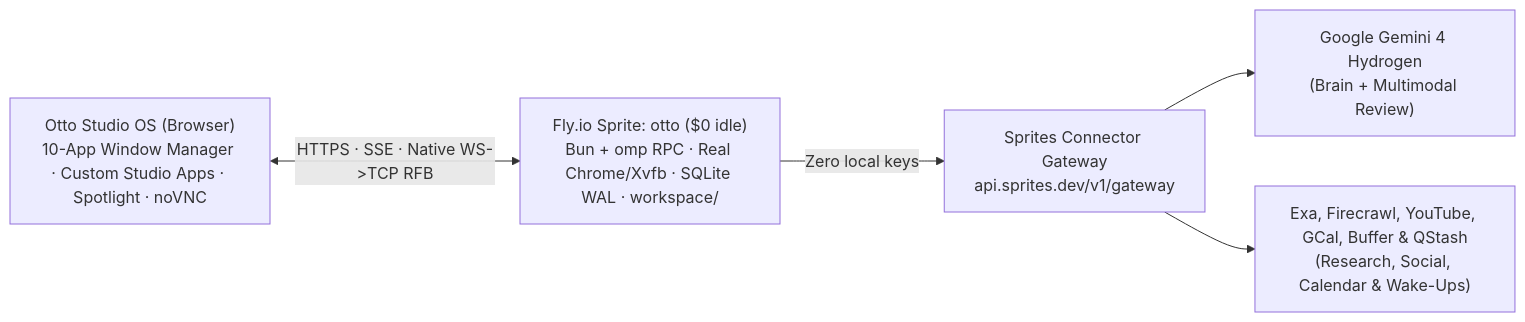
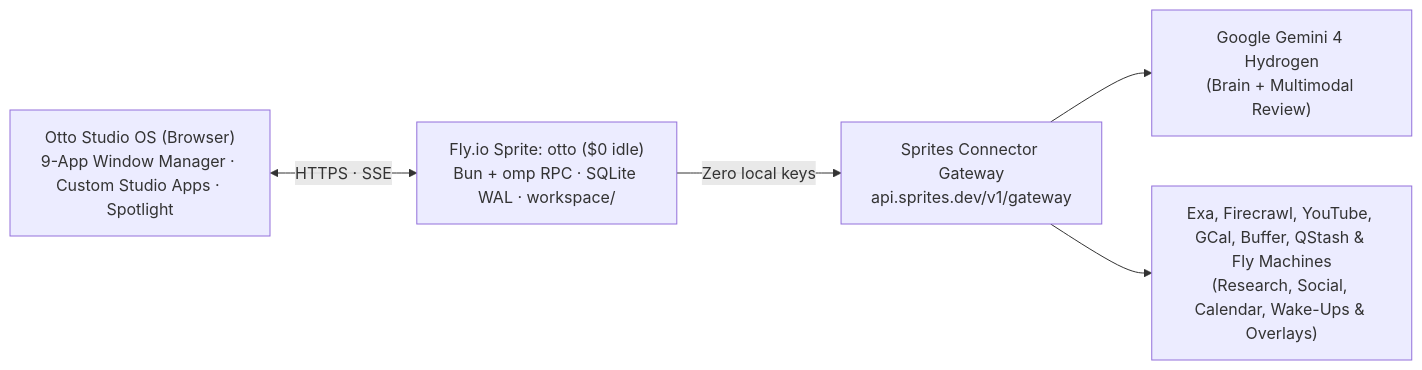
One commit to roffidaijoubu/otto changed the diagram in README.md. Above: the diagram before and after it, drawn with Mermaid. The commit also changed other lines of this file and 24 other files, not shown here.

Commit message:
refactor: prune embedded Chrome (noVNC), browser login cookie auth, and OpenCLI

````diff
--- a/README.md
+++ b/README.md
@@ -60,7 +60,7 @@
 ```mermaid
 flowchart LR
-    U["Otto Studio OS (Browser)<br/>10-App Window Manager · Custom Studio Apps · Spotlight · noVNC"] <-->|"HTTPS · SSE · Native WS->TCP RFB"| S["Fly.io Sprite: otto ($0 idle)<br/>Bun + omp RPC · Real Chrome/Xvfb · SQLite WAL · workspace/"]
+    U["Otto Studio OS (Browser)<br/>9-App Window Manager · Custom Studio Apps · Spotlight"] <-->|"HTTPS · SSE"| S["Fly.io Sprite: otto ($0 idle)<br/>Bun + omp RPC · SQLite WAL · workspace/"]
     S -->|"Zero local keys"| G["Sprites Connector Gateway<br/>api.sprites.dev/v1/gateway"]
     G --> M["Google Gemini 4 Hydrogen<br/>(Brain + Multimodal Review)"]
-    G --> E["Exa, Firecrawl, YouTube, GCal, Buffer &amp; QStash<br/>(Research, Social, Calendar &amp; Wake-Ups)"]
+    G --> E["Exa, Firecrawl, YouTube, GCal, Buffer, QStash &amp; Fly Machines<br/>(Research, Social, Calendar, Wake-Ups &amp; Overlays)"]
 ```
````
